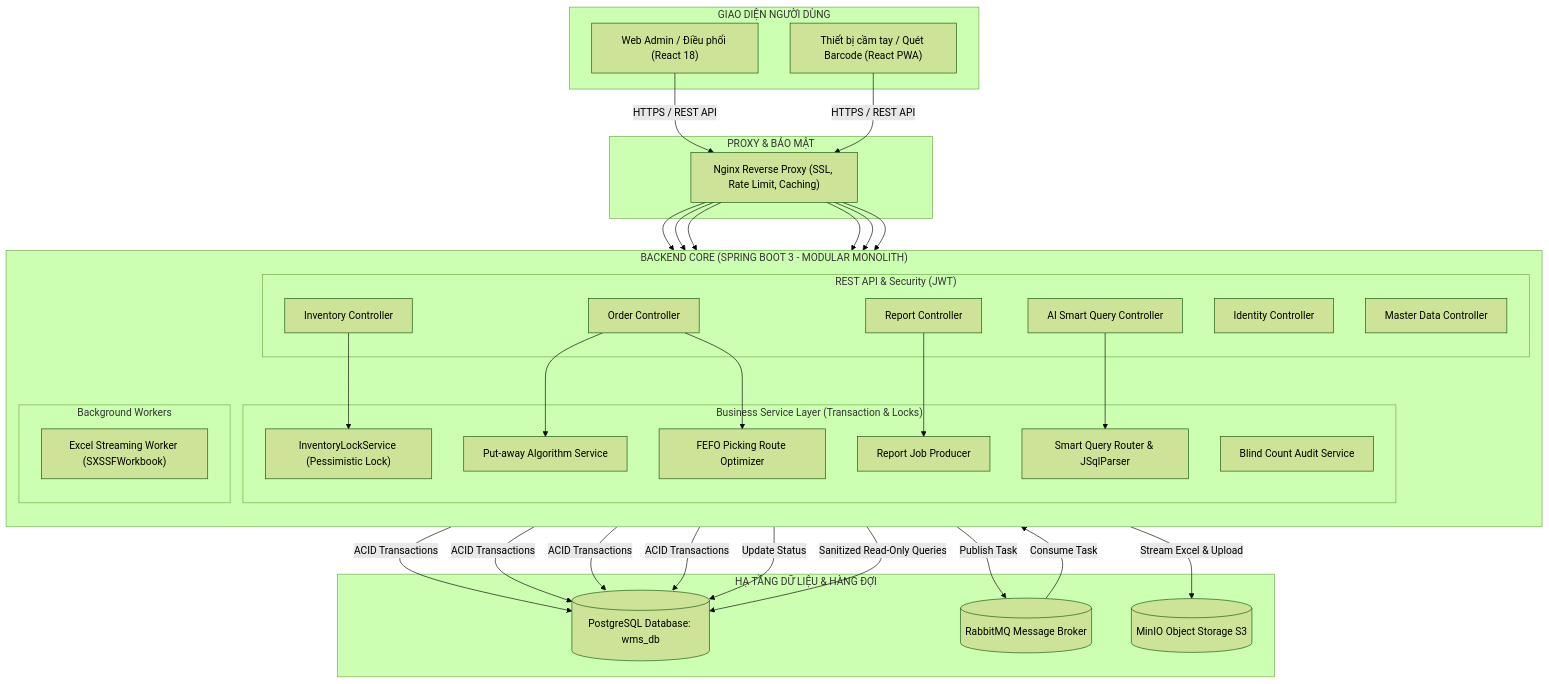
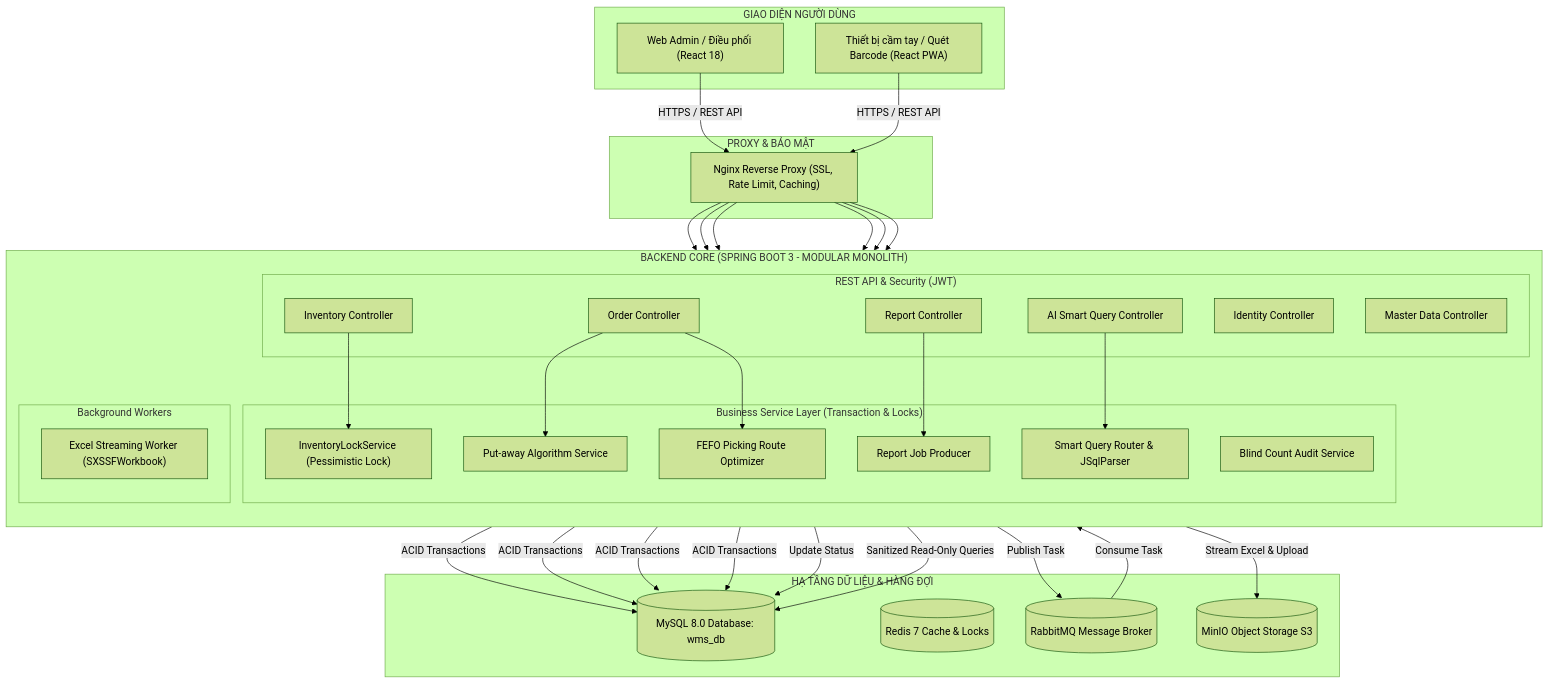
The first of 4 diagrams in SMART_WMS_ARCHITECTURE.md (chien261025/HKDN), drawn with Mermaid (forest theme) before and after one commit. The commit also changed other lines of this file and 8 other files, not shown here.

Commit message:
docs(readme): modernize enterprise showcase documentation with badges, architecture and business workflows

````diff
--- a/SMART_WMS_ARCHITECTURE.md
+++ b/SMART_WMS_ARCHITECTURE.md
@@ -38,55 +38,56 @@
 ```mermaid
 graph TB
     subgraph Clients ["GIAO DIỆN NGƯỜI DÙNG"]
         WebAdmin["Web Admin / Điều phối (React 18)"]
         MobileScanner["Thiết bị cầm tay / Quét Barcode (React PWA)"]
     end
 
     subgraph Gateway ["PROXY & BẢO MẬT"]
         Nginx["Nginx Reverse Proxy (SSL, Rate Limit, Caching)"]
     end
 
     subgraph SpringBootApp ["BACKEND CORE (SPRING BOOT 3 - MODULAR MONOLITH)"]
         direction TB
         subgraph REST_Controllers ["REST API & Security (JWT)"]
             AuthCtrl["Identity Controller"]
             MasterCtrl["Master Data Controller"]
             InvCtrl["Inventory Controller"]
             OrderCtrl["Order Controller"]
             ReportCtrl["Report Controller"]
             AICtrl["AI Smart Query Controller"]
         end
 
         subgraph Core_Services ["Business Service Layer (Transaction & Locks)"]
             InvLockSvc["InventoryLockService (Pessimistic Lock)"]
             PutAwaySvc["Put-away Algorithm Service"]
             FEFOSvc["FEFO Picking Route Optimizer"]
             AuditSvc["Blind Count Audit Service"]
             ReportSvc["Report Job Producer"]
             AISvc["Smart Query Router & JSqlParser"]
         end
 
         subgraph Worker_Services ["Background Workers"]
             ExcelWorker["Excel Streaming Worker (SXSSFWorkbook)"]
         end
     end
 
     subgraph Storage_Infrastructure ["HẠ TẦNG DỮ LIỆU & HÀNG ĐỢI"]
-        Postgres[(PostgreSQL Database: wms_db)]
+        MySQL[(MySQL 8.0 Database: wms_db)]
+        Redis[(Redis 7 Cache & Locks)]
         RabbitMQ[(RabbitMQ Message Broker)]
         MinIO[(MinIO Object Storage S3)]
     end
 
     WebAdmin & MobileScanner -->|HTTPS / REST API| Nginx
     Nginx --> AuthCtrl & MasterCtrl & InvCtrl & OrderCtrl & ReportCtrl & AICtrl
     InvCtrl --> InvLockSvc
     OrderCtrl --> PutAwaySvc & FEFOSvc
     ReportCtrl --> ReportSvc
     AICtrl --> AISvc
-    InvLockSvc & PutAwaySvc & FEFOSvc & AuditSvc -->|ACID Transactions| Postgres
+    InvLockSvc & PutAwaySvc & FEFOSvc & AuditSvc -->|ACID Transactions| MySQL
     ReportSvc -->|Publish Task| RabbitMQ
     RabbitMQ -->|Consume Task| ExcelWorker
     ExcelWorker -->|Stream Excel & Upload| MinIO
-    ExcelWorker -->|Update Status| Postgres
-    AISvc -->|Sanitized Read-Only Queries| Postgres
+    ExcelWorker -->|Update Status| MySQL
+    AISvc -->|Sanitized Read-Only Queries| MySQL
 ```
````
